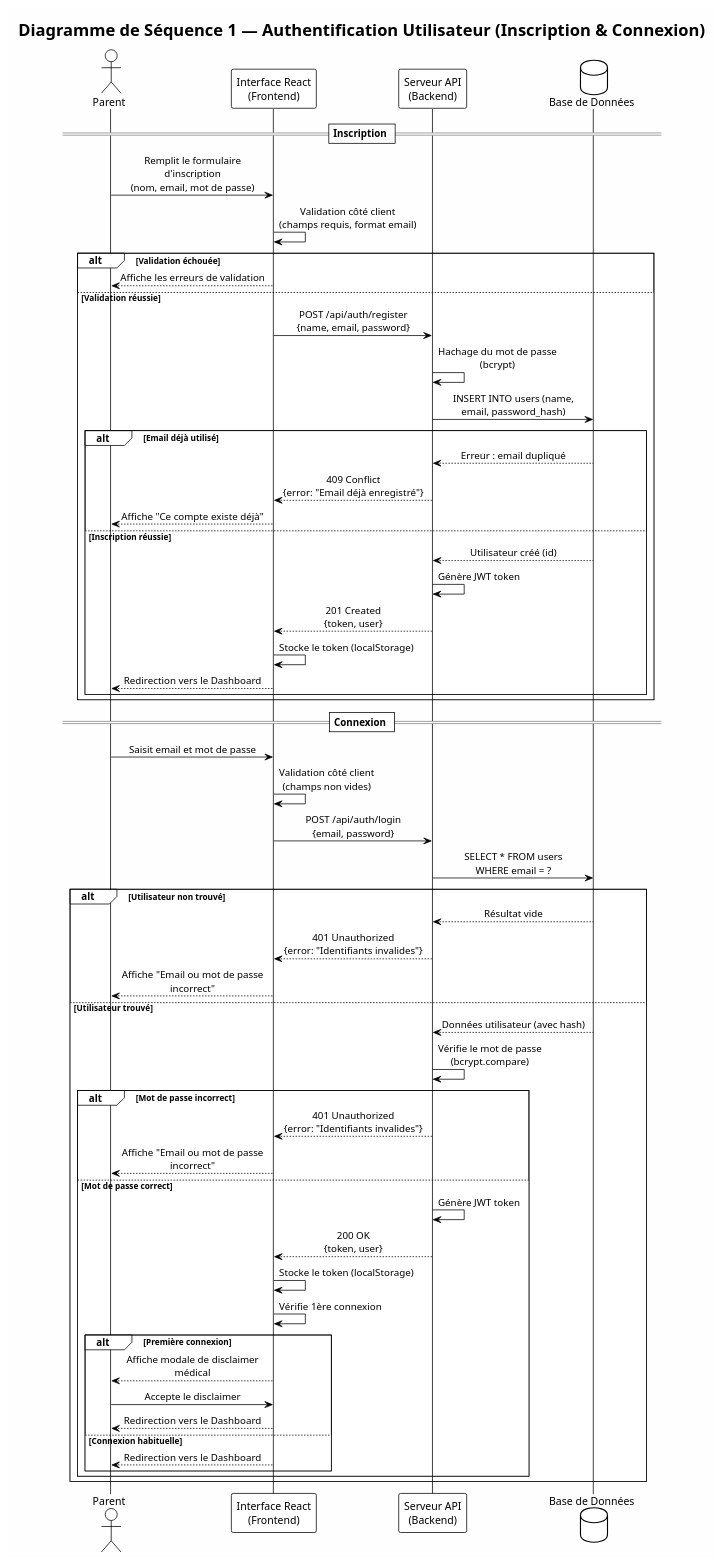
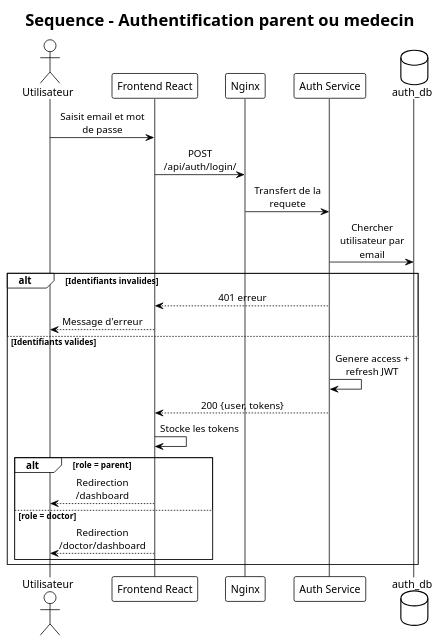
Before and after one commit to GribejFarouk/Child-Care-: the diagram in docs/diagrams/seq_auth.puml, drawn with PlantUML. The commit also changed 370 other files, not shown here.

```diff
--- a/docs/diagrams/seq_auth.puml
+++ b/docs/diagrams/seq_auth.puml
@@ -1,74 +1,36 @@
 @startuml seq_auth
 !theme plain
-skinparam backgroundColor #FEFEFE
+skinparam backgroundColor #FFFFFF
 skinparam sequenceMessageAlign center
 skinparam responseMessageBelowArrow true
-skinparam maxMessageSize 200
+skinparam maxMessageSize 120
+skinparam shadowing false
 
-title Diagramme de Séquence 1 — Authentification Utilisateur (Inscription & Connexion)
+title Sequence - Authentification parent ou medecin
 
-actor "Parent" as User
-participant "Interface React\n(Frontend)" as UI
-participant "Serveur API\n(Backend)" as API
-database "Base de Données" as DB
-
-== Inscription ==
-
-User -> UI : Remplit le formulaire d'inscription\n(nom, email, mot de passe)
-UI -> UI : Validation côté client\n(champs requis, format email)
-
-alt Validation échouée
-    UI --> User : Affiche les erreurs de validation
-else Validation réussie
-    UI -> API : POST /api/auth/register\n{name, email, password}
-    API -> API : Hachage du mot de passe (bcrypt)
-    API -> DB : INSERT INTO users (name, email, password_hash)
-    
-    alt Email déjà utilisé
-        DB --> API : Erreur : email dupliqué
-        API --> UI : 409 Conflict\n{error: "Email déjà enregistré"}
-        UI --> User : Affiche "Ce compte existe déjà"
-    else Inscription réussie
-        DB --> API : Utilisateur créé (id)
-        API -> API : Génère JWT token
-        API --> UI : 201 Created\n{token, user}
-        UI -> UI : Stocke le token (localStorage)
-        UI --> User : Redirection vers le Dashboard
-    end
-end
-
-== Connexion ==
+actor "Utilisateur" as User
+participant "Frontend React" as UI
+participant "Nginx" as Nginx
+participant "Auth Service" as Auth
+database "auth_db" as DB
 
 User -> UI : Saisit email et mot de passe
-UI -> UI : Validation côté client\n(champs non vides)
-UI -> API : POST /api/auth/login\n{email, password}
-API -> DB : SELECT * FROM users\nWHERE email = ?
-    
-alt Utilisateur non trouvé
-    DB --> API : Résultat vide
-    API --> UI : 401 Unauthorized\n{error: "Identifiants invalides"}
-    UI --> User : Affiche "Email ou mot de passe incorrect"
-else Utilisateur trouvé
-    DB --> API : Données utilisateur (avec hash)
-    API -> API : Vérifie le mot de passe\n(bcrypt.compare)
-    
-    alt Mot de passe incorrect
-        API --> UI : 401 Unauthorized\n{error: "Identifiants invalides"}
-        UI --> User : Affiche "Email ou mot de passe incorrect"
-    else Mot de passe correct
-        API -> API : Génère JWT token
-        API --> UI : 200 OK\n{token, user}
-        UI -> UI : Stocke le token (localStorage)
-        UI -> UI : Vérifie 1ère connexion
-        
-        alt Première connexion
-            UI --> User : Affiche modale de disclaimer médical
-            User -> UI : Accepte le disclaimer
-            UI --> User : Redirection vers le Dashboard
-        else Connexion habituelle
-            UI --> User : Redirection vers le Dashboard
-        end
-    end
+UI -> Nginx : POST /api/auth/login/
+Nginx -> Auth : Transfert de la requete
+Auth -> DB : Chercher utilisateur par email
+
+alt Identifiants invalides
+  Auth --> UI : 401 erreur
+  UI --> User : Message d'erreur
+else Identifiants valides
+  Auth -> Auth : Genere access + refresh JWT
+  Auth --> UI : 200 {user, tokens}
+  UI -> UI : Stocke les tokens
+  alt role = parent
+    UI --> User : Redirection /dashboard
+  else role = doctor
+    UI --> User : Redirection /doctor/dashboard
+  end
 end
 
 @enduml
```
